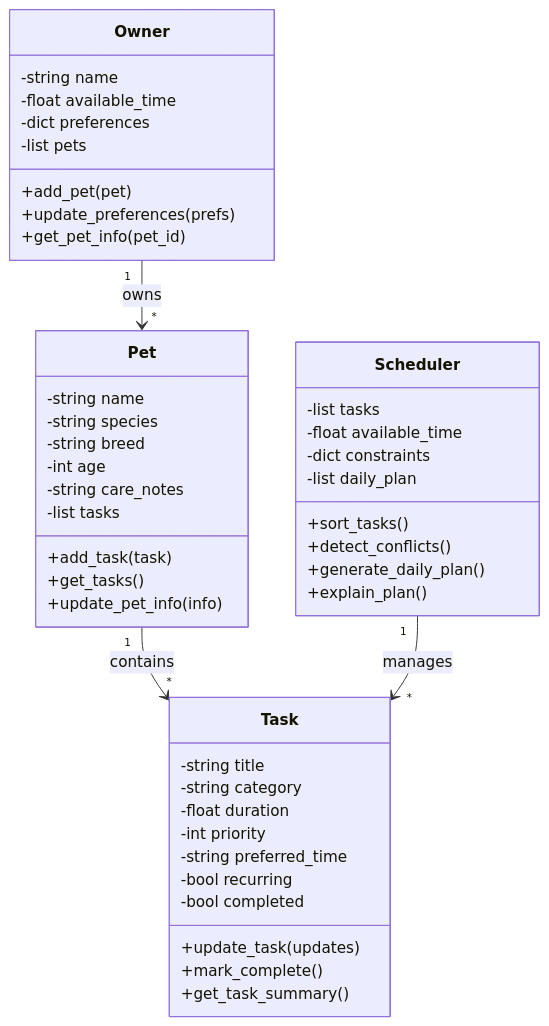
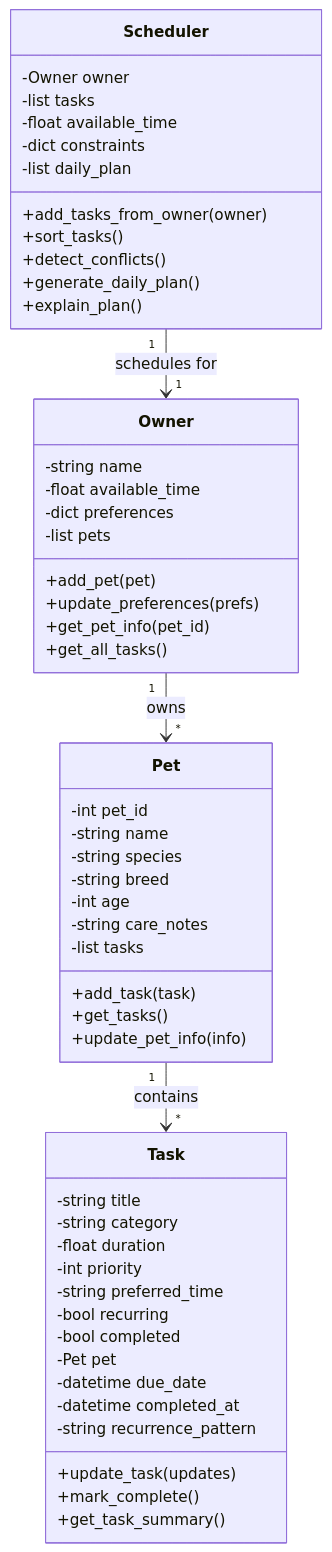
The diagram in uml_diagram.md (hsuanlee213/ai110-module2show-pawpal-starter), drawn with Mermaid before and after one commit.

````diff
--- a/uml_diagram.md
+++ b/uml_diagram.md
@@ -3,52 +3,60 @@
 ```mermaid
 classDiagram
     class Owner {
         -string name
         -float available_time
         -dict preferences
         -list pets
         +add_pet(pet)
         +update_preferences(prefs)
         +get_pet_info(pet_id)
+        +get_all_tasks()
     }
 
     class Pet {
+        -int pet_id
         -string name
         -string species
         -string breed
         -int age
         -string care_notes
         -list tasks
         +add_task(task)
         +get_tasks()
         +update_pet_info(info)
     }
 
     class Task {
         -string title
         -string category
         -float duration
         -int priority
         -string preferred_time
         -bool recurring
         -bool completed
+        -Pet pet
+        -datetime due_date
+        -datetime completed_at
+        -string recurrence_pattern
         +update_task(updates)
         +mark_complete()
         +get_task_summary()
     }
 
     class Scheduler {
+        -Owner owner
         -list tasks
         -float available_time
         -dict constraints
         -list daily_plan
+        +add_tasks_from_owner(owner)
         +sort_tasks()
         +detect_conflicts()
         +generate_daily_plan()
         +explain_plan()
     }
 
     Owner "1" --> "*" Pet : owns
     Pet "1" --> "*" Task : contains
-    Scheduler "1" --> "*" Task : manages
+    Scheduler "1" --> "1" Owner : schedules for
 ```
````
